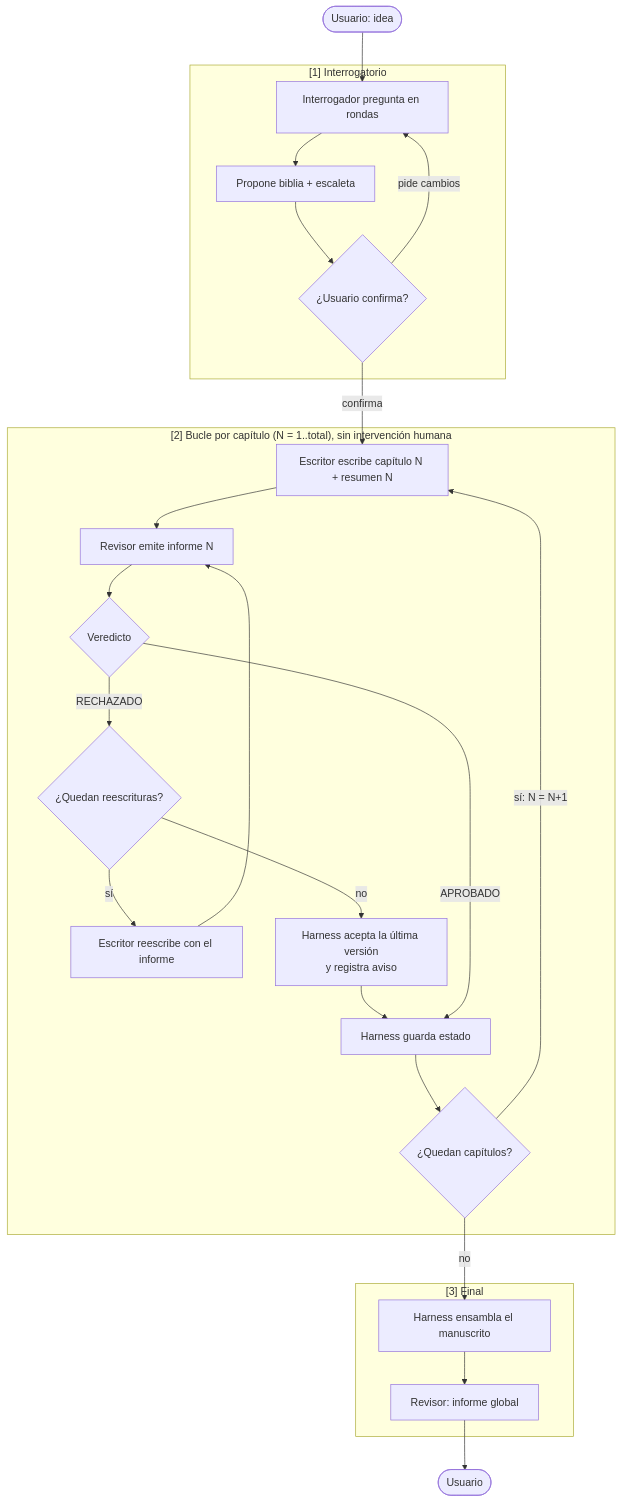
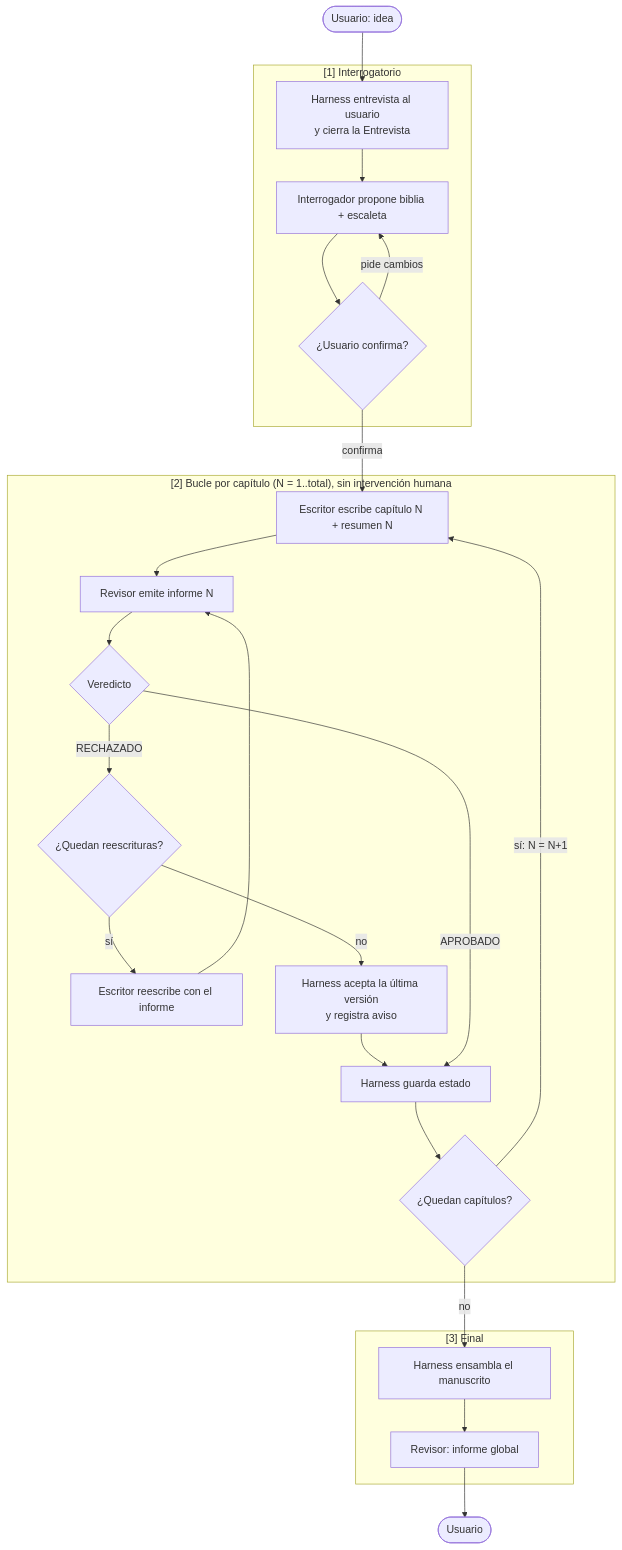
One commit to JNico-rb/story-maker changed the diagram in specs/functional.md. Above: the diagram before and after it, drawn with Mermaid. The commit also changed other lines of this file and 15 other files, not shown here.

````diff
--- a/specs/functional.md
+++ b/specs/functional.md
@@ -88,41 +95,41 @@
 ```mermaid
 flowchart TD
     idea([Usuario: idea])
 
     subgraph F1["[1] Interrogatorio"]
-        preg[Interrogador pregunta en rondas]
-        prop[Propone biblia + escaleta]
+        preg[Harness entrevista al usuario<br/>y cierra la Entrevista]
+        prop[Interrogador propone biblia + escaleta]
         conf{¿Usuario confirma?}
         preg --> prop --> conf
-        conf -- "pide cambios" --> preg
+        conf -- "pide cambios" --> prop
     end
 
     subgraph F2["[2] Bucle por capítulo (N = 1..total), sin intervención humana"]
         esc[Escritor escribe capítulo N + resumen N]
         rev[Revisor emite informe N]
         vered{Veredicto}
         quedan{¿Quedan reescrituras?}
         reesc[Escritor reescribe con el informe]
         agot[Harness acepta la última versión<br/>y registra aviso]
         guarda[Harness guarda estado]
         mas{¿Quedan capítulos?}
         esc --> rev --> vered
         vered -- "RECHAZADO" --> quedan
         quedan -- "sí" --> reesc --> rev
         quedan -- "no" --> agot --> guarda
         vered -- "APROBADO" --> guarda
         guarda --> mas
         mas -- "sí: N = N+1" --> esc
     end
 
     subgraph F3["[3] Final"]
         ens[Harness ensambla el manuscrito]
         glob[Revisor: informe global]
         ens --> glob
     end
 
     idea --> preg
     conf -- "confirma" --> esc
     mas -- "no" --> ens
     glob --> fin([Usuario])
 ```
````
